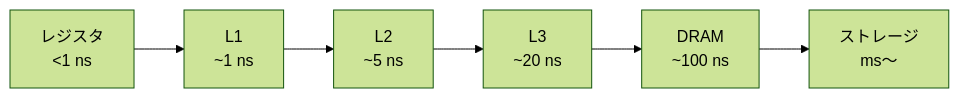
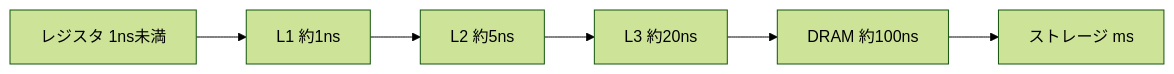
One commit to SomaTomita/sec-prep changed the diagram in topics/01_prerequisites/03_hardware-digital-logic/03_hdl-and-architecture/03_memory-hierarchy-and-codesign.md. Above: the diagram before and after it, drawn with Mermaid (forest theme). The commit also changed other lines of this file and 5 other files, not shown here.

````diff
--- a/topics/01_prerequisites/03_hardware-digital-logic/03_hdl-and-architecture/03_memory-hierarchy-and-codesign.md
+++ b/topics/01_prerequisites/03_hardware-digital-logic/03_hdl-and-architecture/03_memory-hierarchy-and-codesign.md
@@ -20,4 +27,4 @@
 ```mermaid
 flowchart LR
-    R["レジスタ<br/>&lt;1 ns"] --> L1["L1<br/>~1 ns"] --> L2["L2<br/>~5 ns"] --> L3["L3<br/>~20 ns"] --> D["DRAM<br/>~100 ns"] --> S["ストレージ<br/>ms〜"]
+    R["レジスタ 1ns未満"] --> L1["L1 約1ns"] --> L2["L2 約5ns"] --> L3["L3 約20ns"] --> D["DRAM 約100ns"] --> S["ストレージ ms"]
 ```
````
